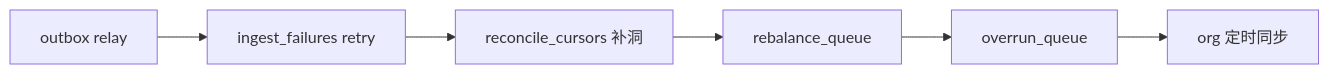
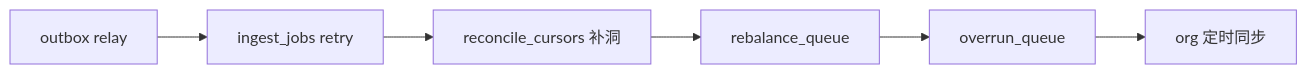
Before and after one commit to quyip8818/mytokenjoy: the fifth of 6 diagrams in docs/Backend-架构.md, drawn with Mermaid. The commit also changed other lines of this file and 46 other files, not shown here.

````diff
--- a/docs/Backend-架构.md
+++ b/docs/Backend-架构.md
@@ -339,8 +340,8 @@
 ```mermaid
 flowchart LR
-  A[outbox relay] --> B[ingest_failures retry]
+  A[outbox relay] --> B[ingest_jobs retry]
   B --> C[reconcile_cursors 补洞]
   C --> D[rebalance_queue]
   D --> E[overrun_queue]
   E --> F[org 定时同步]
 ```
````
